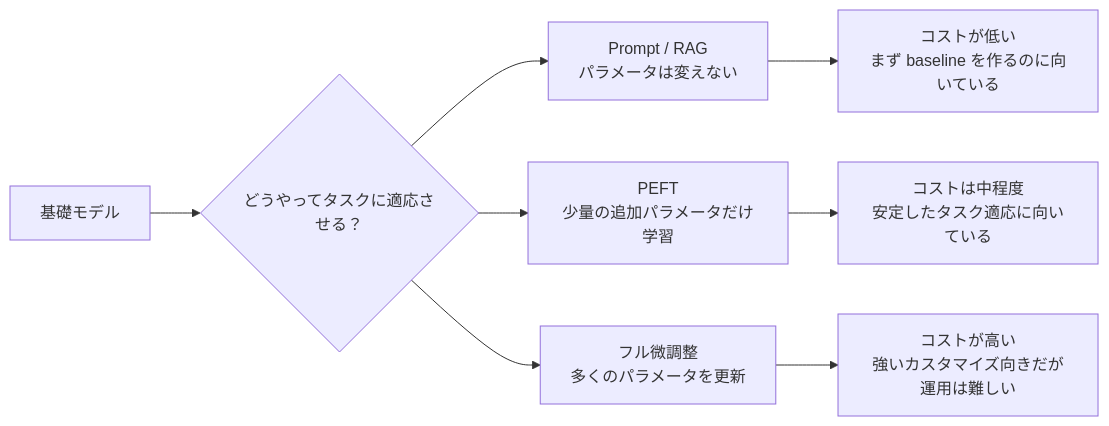
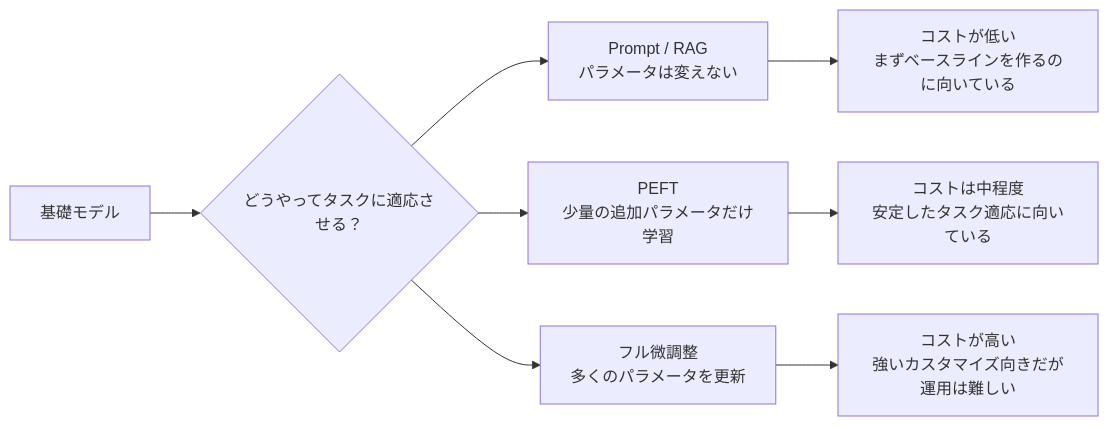
One commit to oudbiao/AI-fullstack-course changed the second of 2 diagrams in i18n/ja/docusaurus-plugin-content-docs/current/ch07-llm-principles/ch06-finetuning/01-finetuning-overview.md. Above: the diagram before and after it, drawn with Mermaid. The commit also changed other lines of this file and 252 other files, not shown here.

````diff
--- a/i18n/ja/docusaurus-plugin-content-docs/current/ch07-llm-principles/ch06-finetuning/01-finetuning-overview.md
+++ b/i18n/ja/docusaurus-plugin-content-docs/current/ch07-llm-principles/ch06-finetuning/01-finetuning-overview.md
@@ -213,11 +213,11 @@
 ```mermaid
 flowchart LR
     A["基礎モデル"] --> B{"どうやってタスクに適応させる？"}
     B --> C["Prompt / RAG<br/>パラメータは変えない"]
     B --> D["PEFT<br/>少量の追加パラメータだけ学習"]
     B --> E["フル微調整<br/>多くのパラメータを更新"]
 
-    C --> C1["コストが低い<br/>まず baseline を作るのに向いている"]
+    C --> C1["コストが低い<br/>まずベースラインを作るのに向いている"]
     D --> D1["コストは中程度<br/>安定したタスク適応に向いている"]
     E --> E1["コストが高い<br/>強いカスタマイズ向きだが運用は難しい"]
 ```
````
